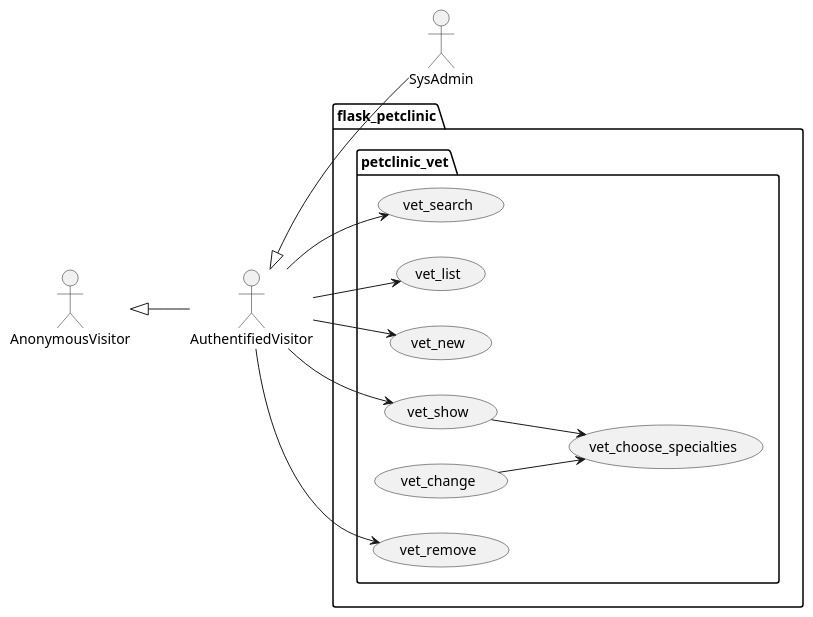
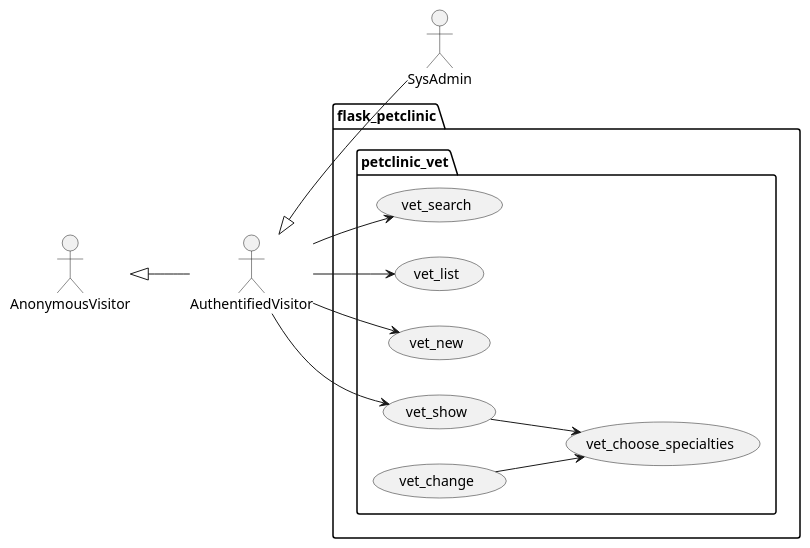
The diagram in project/petclinic_model/vet.puml (Jakarta-EE-Petclinic/petclinic_flask), drawn with PlantUML before and after one commit. The commit also changed 5 other files, not shown here.

```diff
--- a/project/petclinic_model/vet.puml
+++ b/project/petclinic_model/vet.puml
@@ -1,33 +1,31 @@
 @startuml
 left to right direction
 
 actor AnonymousVisitor as av
 actor AuthentifiedVisitor as au
 actor SysAdmin as sa
 
 av <|-- au
 au <|-- sa
 
 package flask_petclinic {
 
     package petclinic_vet {
 
         usecase vet_search as uc3000
         usecase vet_list as uc3001
         usecase vet_new as uc3002
         usecase vet_show as uc3003
         usecase vet_change as uc3004
         usecase vet_choose_specialties as uc3005
-        usecase vet_remove as uc3006
 
         au --> uc3000
         au --> uc3001
         au --> uc3002
         au --> uc3003
         uc3003 --> uc3005
         uc3004 --> uc3005
-        au --> uc3006
     }
 
 }
 @enduml
```
